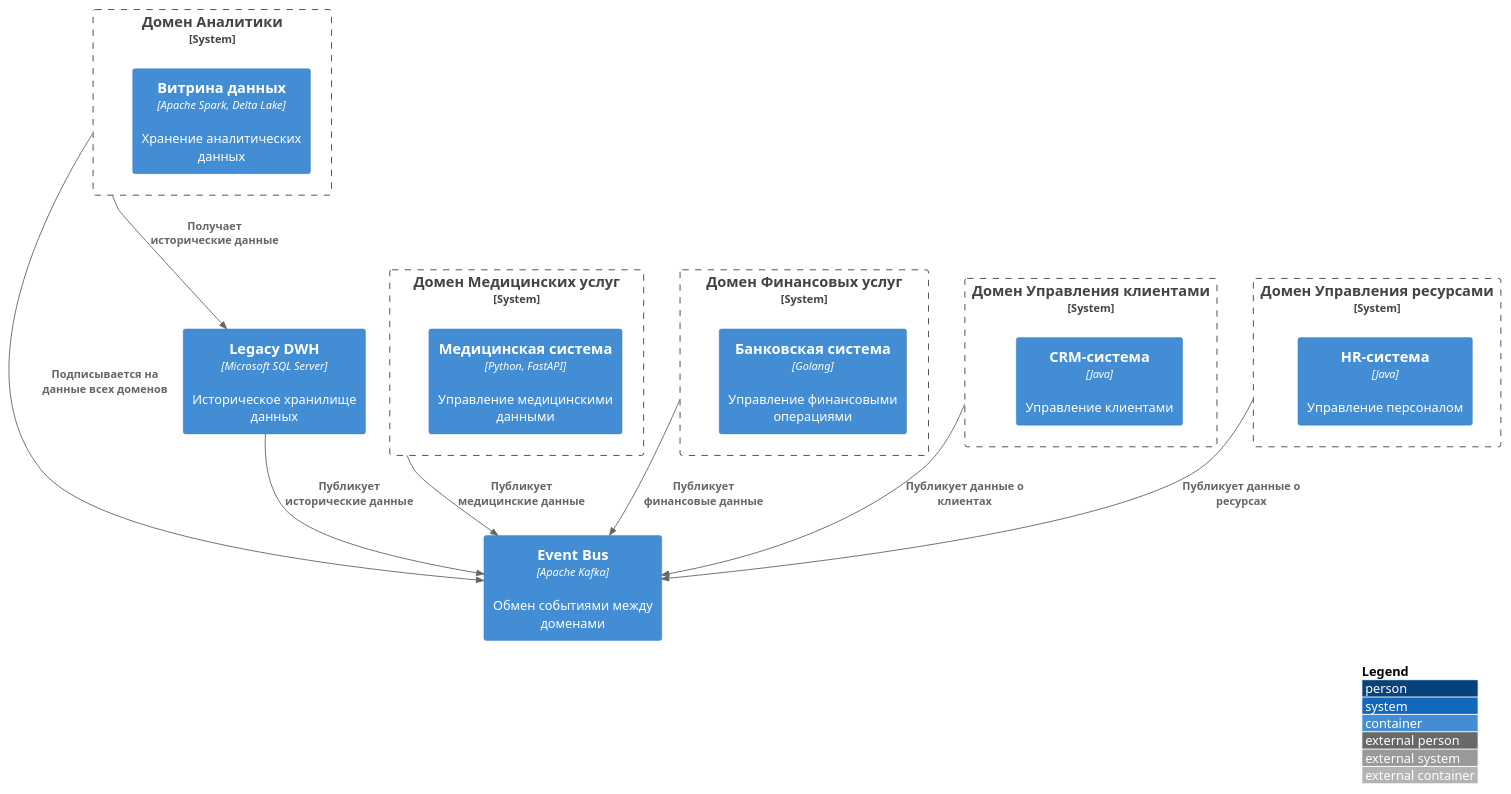
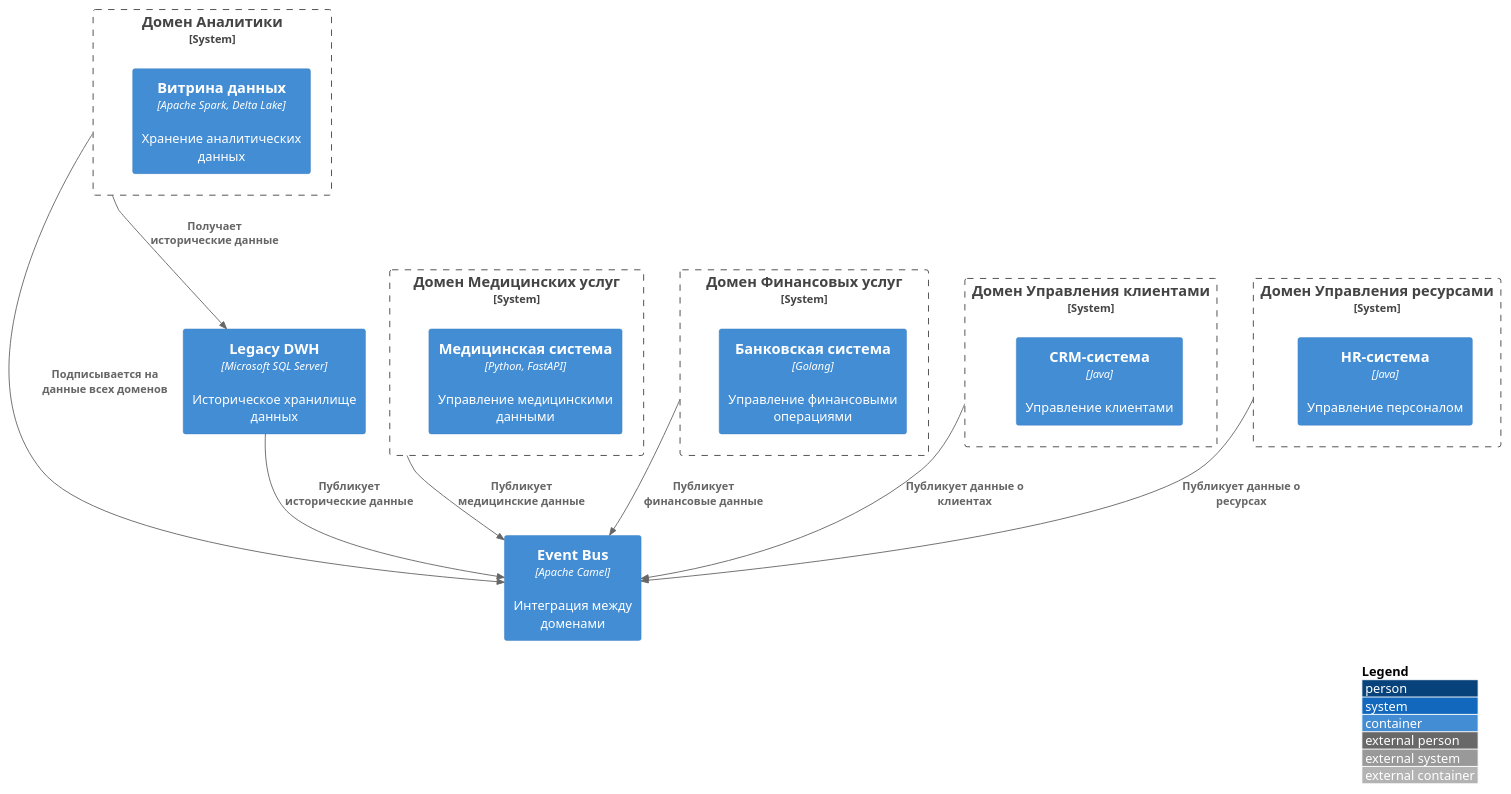
Before and after one commit to abonosimov-t/architecture-future_2_0: the diagram in Task2/DFD_Domains.puml, drawn with PlantUML. The commit also changed 2 other files, not shown here.

```diff
--- a/Task2/DFD_Domains.puml
+++ b/Task2/DFD_Domains.puml
@@ -1,42 +1,42 @@
 @startuml
 !include https://raw.githubusercontent.com/plantuml-stdlib/C4-PlantUML/master/C4_Container.puml
 
 LAYOUT_WITH_LEGEND()
 
 ' Определение доменов
 System_Boundary(medical_domain, "Домен Медицинских услуг") {
     Container(medical_system, "Медицинская система", "Python, FastAPI", "Управление медицинскими данными")
 }
 
 System_Boundary(financial_domain, "Домен Финансовых услуг") {
     Container(banking_system, "Банковская система", "Golang", "Управление финансовыми операциями")
 }
 
 System_Boundary(analytics_domain, "Домен Аналитики") {
     Container(data_mart, "Витрина данных", "Apache Spark, Delta Lake", "Хранение аналитических данных")
 }
 
 System_Boundary(customer_domain, "Домен Управления клиентами") {
     Container(crm_system, "CRM-система", "Java", "Управление клиентами")
 }
 
 System_Boundary(resource_domain, "Домен Управления ресурсами") {
     Container(hr_system, "HR-система", "Java", "Управление персоналом")
 }
 
 ' Определение интеграционных компонентов
-Container(event_bus, "Event Bus", "Apache Kafka", "Обмен событиями между доменами")
+Container(event_bus, "Event Bus", "Apache Camel", "Интеграция между доменами")
 Container(legacy_dwh, "Legacy DWH", "Microsoft SQL Server", "Историческое хранилище данных")
 
 ' Потоки данных между доменами
 Rel(medical_domain, event_bus, "Публикует медицинские данные")
 Rel(financial_domain, event_bus, "Публикует финансовые данные")
 Rel(analytics_domain, event_bus, "Подписывается на данные всех доменов")
 Rel(customer_domain, event_bus, "Публикует данные о клиентах")
 Rel(resource_domain, event_bus, "Публикует данные о ресурсах")
 
 ' Интеграция с Legacy DWH
 Rel(legacy_dwh, event_bus, "Публикует исторические данные")
 Rel(analytics_domain, legacy_dwh, "Получает исторические данные")
 
 @enduml 
```
